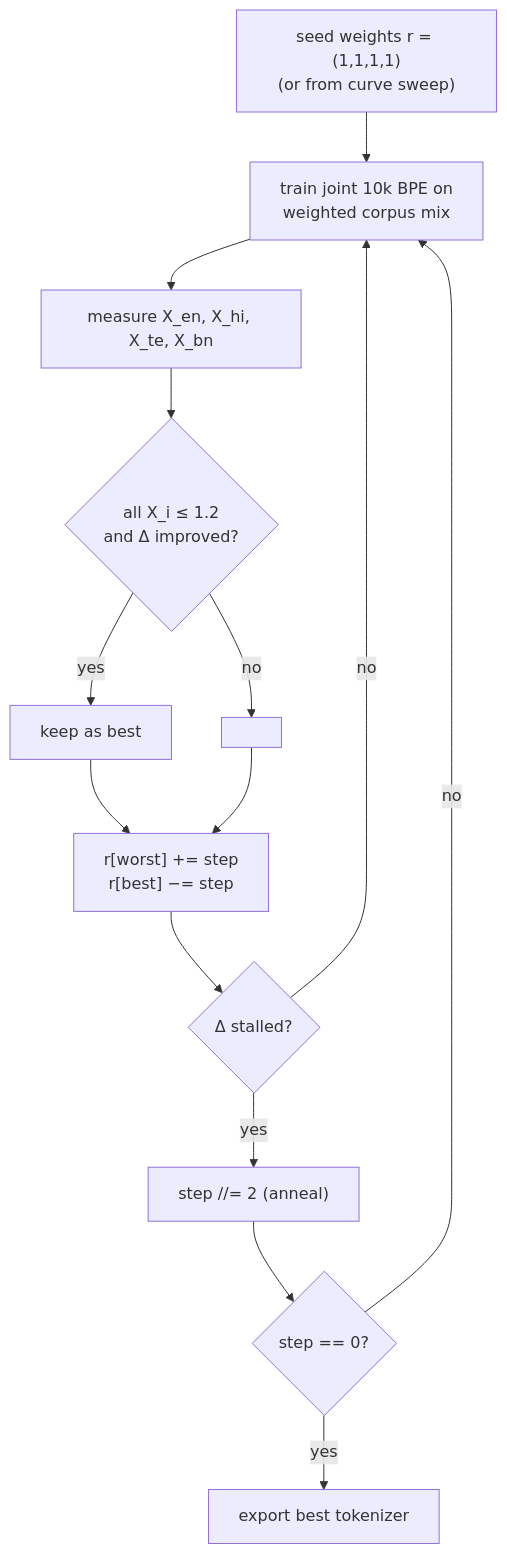
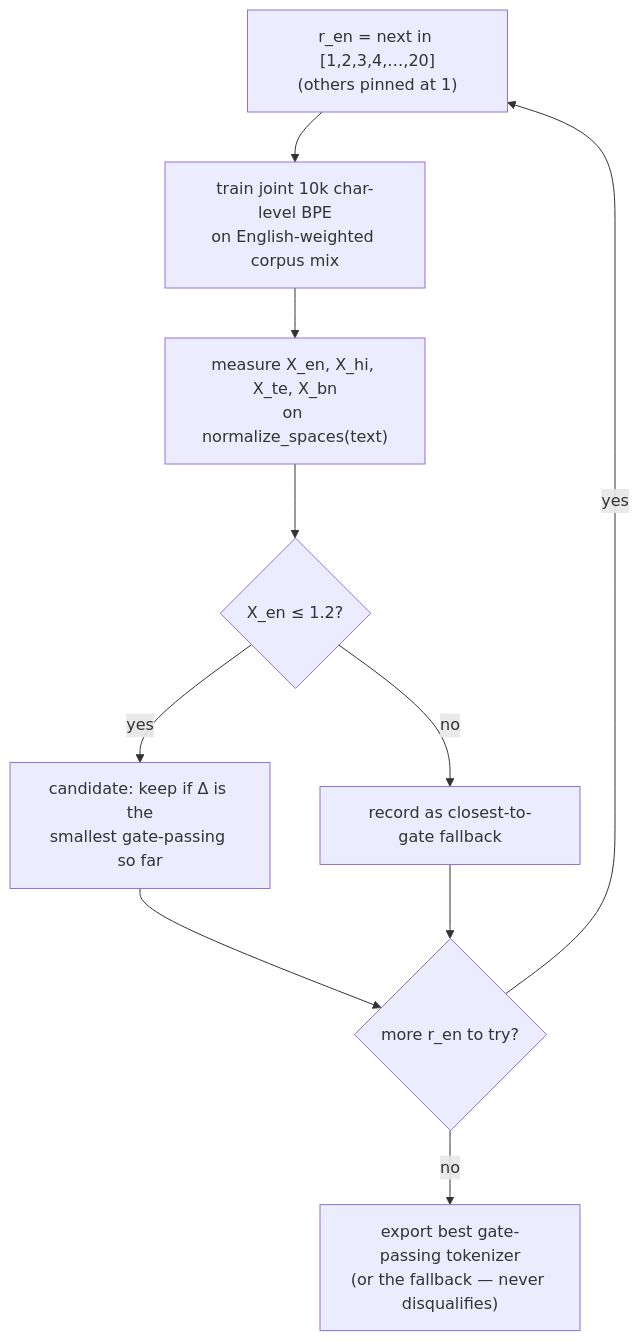
One commit to AditeyaAItronics/llm_finetune_assignments changed the third of 5 diagrams in india-bpe-tokenizer/BPE_Tokenizer_Design_Spec.md. Above: the diagram before and after it, drawn with Mermaid. The commit also changed other lines of this file and 38 other files, not shown here.

First line of the commit message:
india-bpe-tokenizer: char-level BPE + byte-fallback, faithful round-trip

````diff
--- a/india-bpe-tokenizer/BPE_Tokenizer_Design_Spec.md
+++ b/india-bpe-tokenizer/BPE_Tokenizer_Design_Spec.md
@@ -242,16 +246,12 @@
 ```mermaid
 flowchart TD
-    S["seed weights r = (1,1,1,1)<br/>(or from curve sweep)"] --> T[train joint 10k BPE on<br/>weighted corpus mix]
-    T --> M["measure X_en, X_hi, X_te, X_bn"]
-    M --> G{all X_i ≤ 1.2<br/>and Δ improved?}
-    G -- yes --> K[keep as best]
-    G -- no --> N[ ]
-    K --> U["r[worst] += step<br/>r[best] −= step"]
-    N --> U
-    U --> P{Δ stalled?}
-    P -- yes --> A["step //= 2 (anneal)"]
-    P -- no --> T
-    A --> Q{step == 0?}
-    Q -- no --> T
-    Q -- yes --> E[export best tokenizer]
+    S["r_en = next in [1,2,3,4,…,20]<br/>(others pinned at 1)"] --> T[train joint 10k char-level BPE<br/>on English-weighted corpus mix]
+    T --> M["measure X_en, X_hi, X_te, X_bn<br/>on normalize_spaces(text)"]
+    M --> G{X_en ≤ 1.2?}
+    G -- yes --> K["candidate: keep if Δ is the<br/>smallest gate-passing so far"]
+    G -- no --> N["record as closest-to-gate fallback"]
+    K --> Q{more r_en to try?}
+    N --> Q
+    Q -- yes --> S
+    Q -- no --> E["export best gate-passing tokenizer<br/>(or the fallback — never disqualifies)"]
 ```
````
